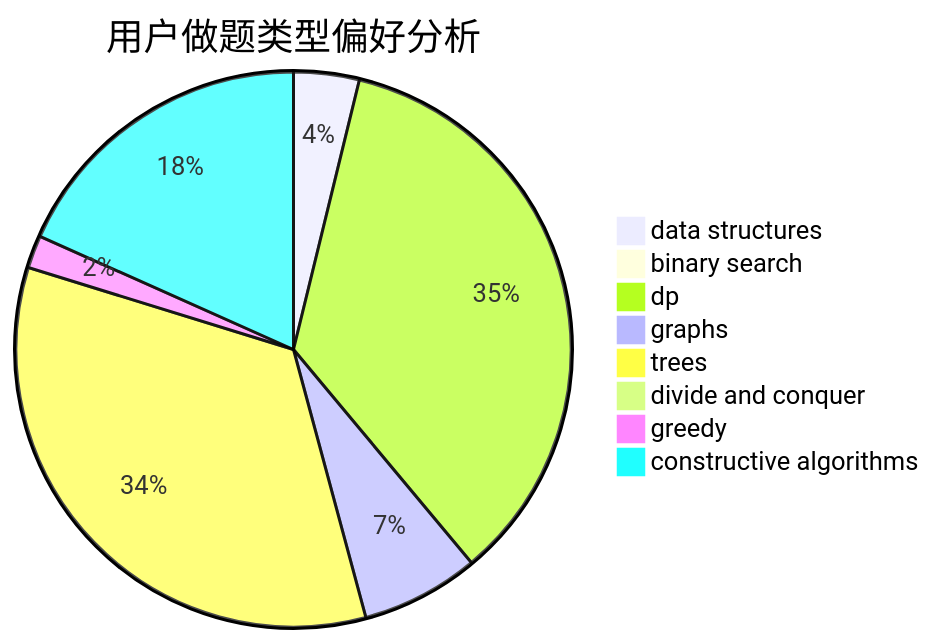
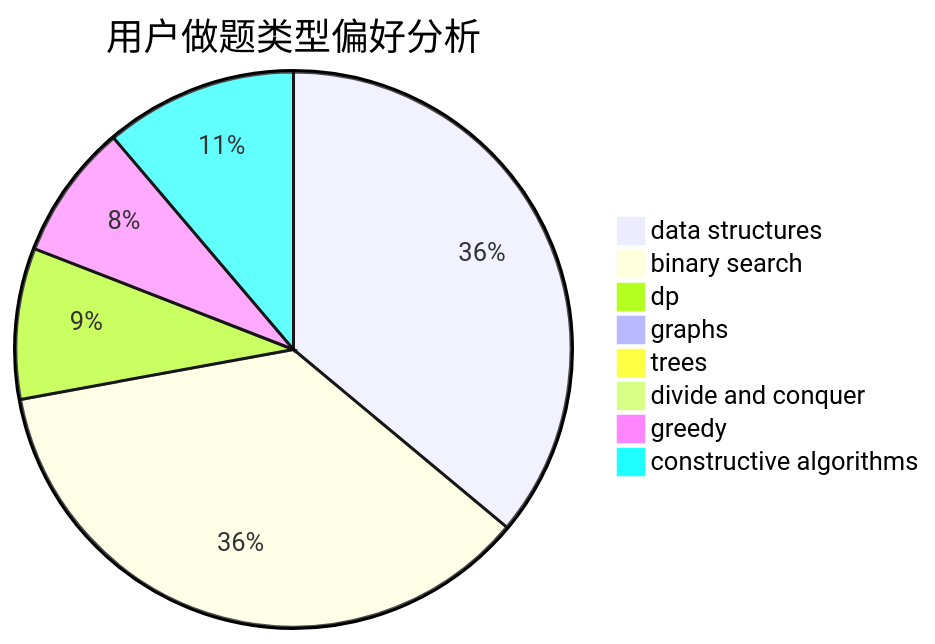
The second of 3 diagrams in docs/user/u2419.md (sherpahu/cfrs.github.io), drawn with Mermaid before and after one commit. The commit also changed other lines of this file and 2770 other files, not shown here.

````diff
--- a/docs/user/u2419.md
+++ b/docs/user/u2419.md
@@ -23,11 +23,11 @@
 ```mermaid
 pie title 用户做题类型偏好分析
-    "data structures" :  10
-    "binary search" :  0
-    "dp" :  92
-    "graphs" :  18
-    "trees" :  89
+    "data structures" :  119
+    "binary search" :  119
+    "dp" :  29
+    "graphs" :  0
+    "trees" :  0
     "divide and conquer" :  0
-    "greedy" :  5
-    "constructive algorithms" :  48
+    "greedy" :  26
+    "constructive algorithms" :  37
 ```
````
